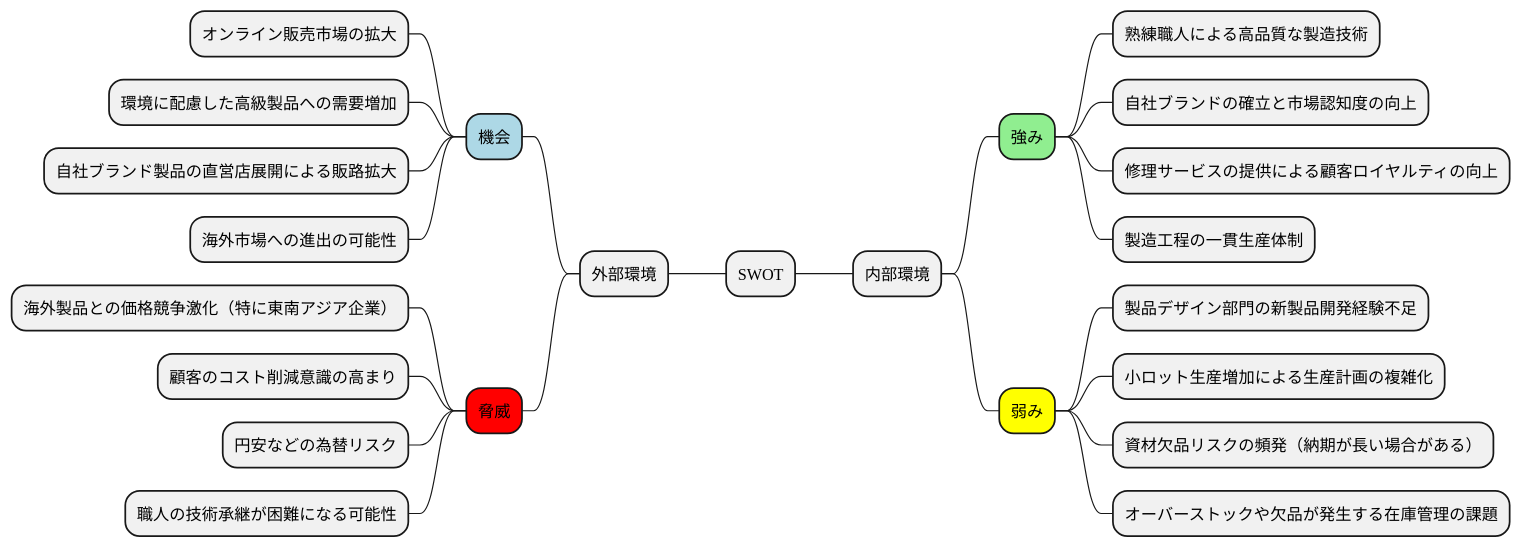
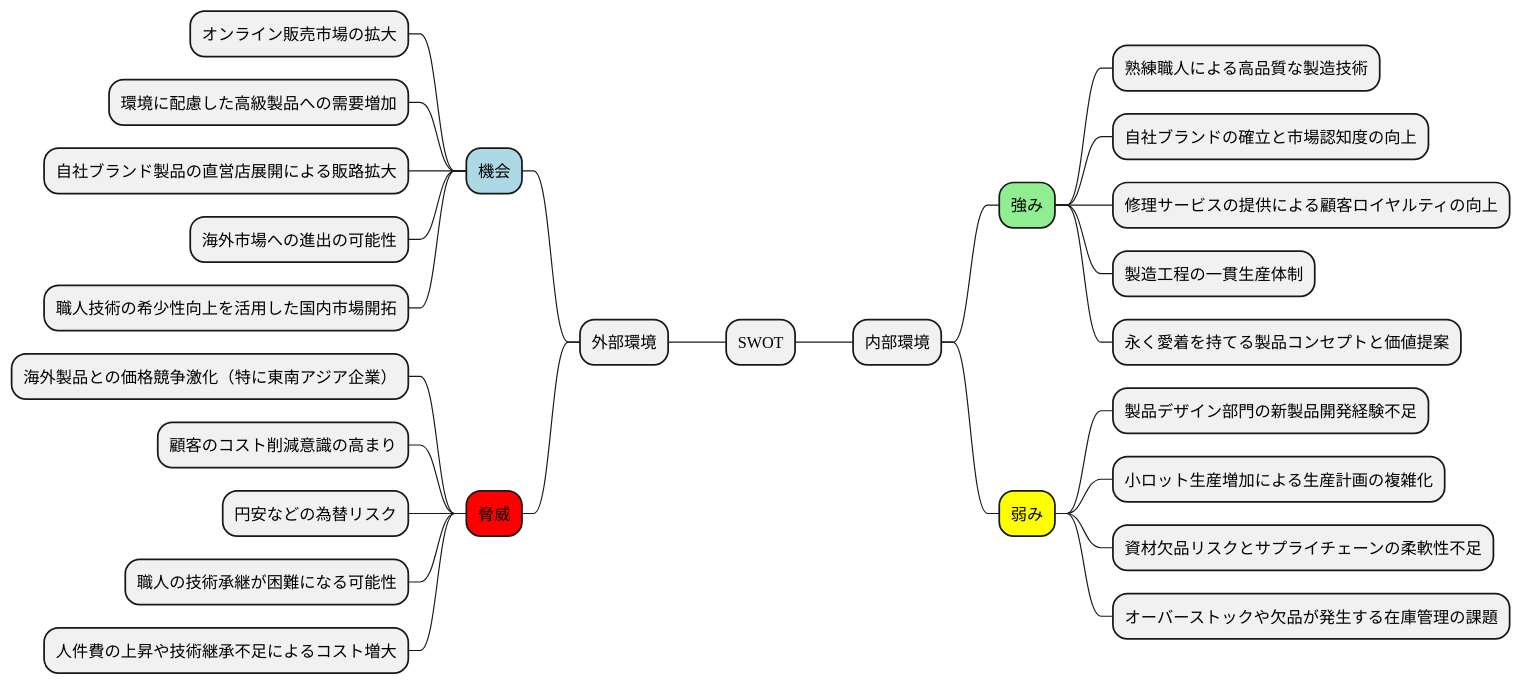
The third of 19 diagrams in docs/case/r03_case_3.adoc (k2works/case-study-business-analysis), drawn with PlantUML before and after one commit. The commit also changed other lines of this file, not shown here.

```diff
--- a/docs/case/r03_case_3.adoc
+++ b/docs/case/r03_case_3.adoc
@@ -154,31 +158,34 @@
 [plantuml]
 ----
 @startmindmap
 
 * SWOT
 ** 内部環境
 ***[#lightgreen] 強み
 **** 熟練職人による高品質な製造技術
 **** 自社ブランドの確立と市場認知度の向上
 **** 修理サービスの提供による顧客ロイヤルティの向上
 **** 製造工程の一貫生産体制
+**** 永く愛着を持てる製品コンセプトと価値提案
 ***[#yellow] 弱み
 **** 製品デザイン部門の新製品開発経験不足
 **** 小ロット生産増加による生産計画の複雑化
-**** 資材欠品リスクの頻発（納期が長い場合がある）
+**** 資材欠品リスクとサプライチェーンの柔軟性不足
 **** オーバーストックや欠品が発生する在庫管理の課題
 left side
 ** 外部環境
 ***[#lightblue] 機会
 **** オンライン販売市場の拡大
 **** 環境に配慮した高級製品への需要増加
 **** 自社ブランド製品の直営店展開による販路拡大
 **** 海外市場への進出の可能性
+**** 職人技術の希少性向上を活用した国内市場開拓
 ***[#red] 脅威
 **** 海外製品との価格競争激化（特に東南アジア企業）
 **** 顧客のコスト削減意識の高まり
 **** 円安などの為替リスク
 **** 職人の技術承継が困難になる可能性
+**** 人件費の上昇や技術継承不足によるコスト増大
 
 @endmindmap
 ----
```
